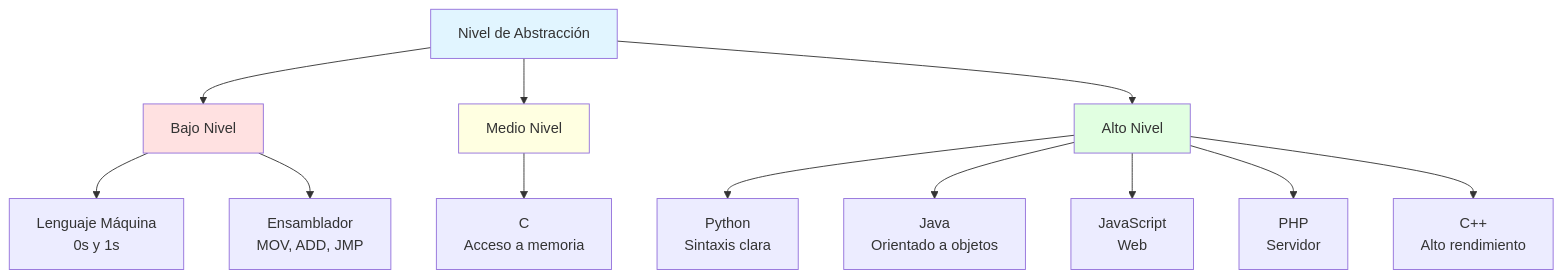
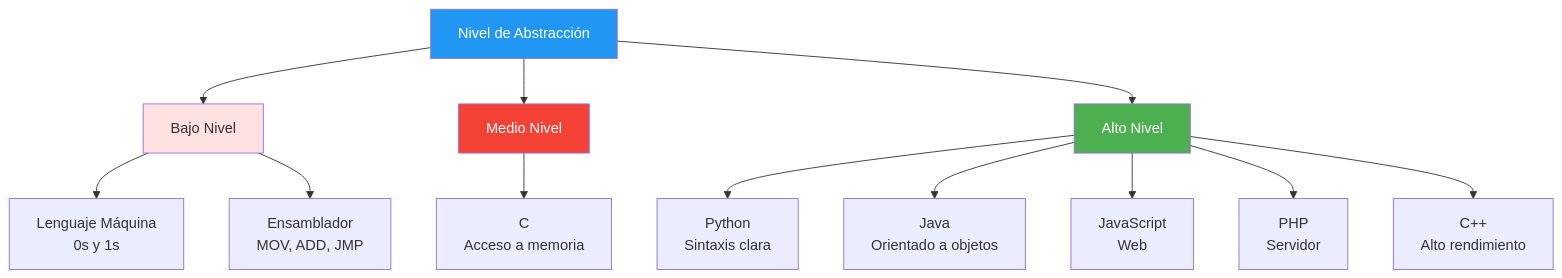
One commit to joseluisgs/EntornosDesarrollo-01-2026-2027 changed the second of 6 diagrams in 05-lenguajes-programacion.md. Above: the diagram before and after it, drawn with Mermaid. The commit also changed other lines of this file and 9 other files, not shown here.

Commit message:
[fix] Mejoras didácticas y corrección de colores Mermaid en UD01

````diff
--- a/05-lenguajes-programacion.md
+++ b/05-lenguajes-programacion.md
@@ -156,22 +156,22 @@
 ```mermaid
 graph TB
     A[Nivel de Abstracción] --> B[Bajo Nivel]
     A --> C[Medio Nivel]
     A --> D[Alto Nivel]
 
     B --> B1[Lenguaje Máquina<br/>0s y 1s]
     B --> B2[Ensamblador<br/>MOV, ADD, JMP]
 
     C --> C1[C<br/>Acceso a memoria]
 
     D --> D1[Python<br/>Sintaxis clara]
     D --> D2[Java<br/>Orientado a objetos]
     D --> D3[JavaScript<br/>Web]
     D --> D4[PHP<br/>Servidor]
     D --> D5[C++<br/>Alto rendimiento]
 
-    style A fill:#e1f5ff
+    style A fill:#2196F3,color:#fff
     style B fill:#ffe1e1
-    style C fill:#ffffe1
-    style D fill:#e1ffe1
+    style C fill:#f44336,color:#fff
+    style D fill:#4CAF50,color:#fff
 ```
````
